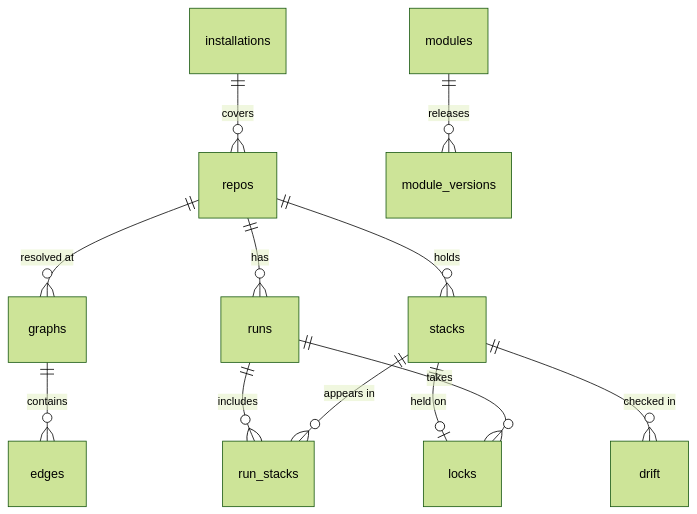
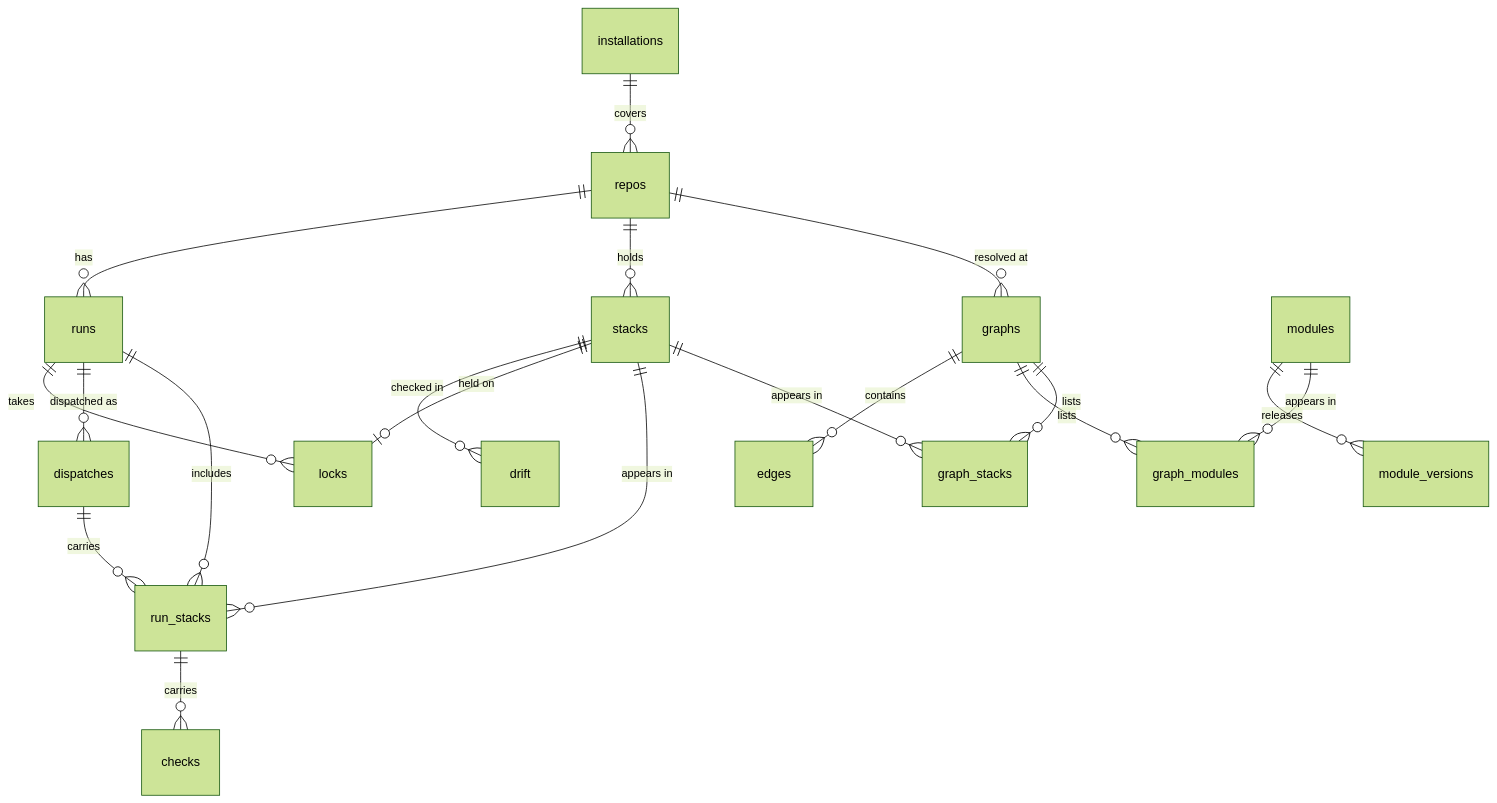
Before and after one commit to stackorder/stackorder: the diagram in docs/reference/data-model.md, drawn with Mermaid (forest theme). The commit also changed other lines of this file, not shown here.

````diff
--- a/docs/reference/data-model.md
+++ b/docs/reference/data-model.md
@@ -25,14 +47,21 @@
 ```mermaid
 erDiagram
   installations ||--o{ repos : covers
   repos ||--o{ graphs : "resolved at"
   repos ||--o{ stacks : holds
   repos ||--o{ runs : has
+  graphs ||--o{ graph_stacks : lists
+  stacks ||--o{ graph_stacks : "appears in"
+  graphs ||--o{ graph_modules : lists
+  modules ||--o{ graph_modules : "appears in"
   graphs ||--o{ edges : contains
   runs ||--o{ run_stacks : includes
   stacks ||--o{ run_stacks : "appears in"
+  run_stacks ||--o{ checks : carries
+  runs ||--o{ dispatches : "dispatched as"
+  dispatches ||--o{ run_stacks : carries
   stacks ||--o| locks : "held on"
   runs ||--o{ locks : takes
   stacks ||--o{ drift : "checked in"
   modules ||--o{ module_versions : releases
 ```
````
